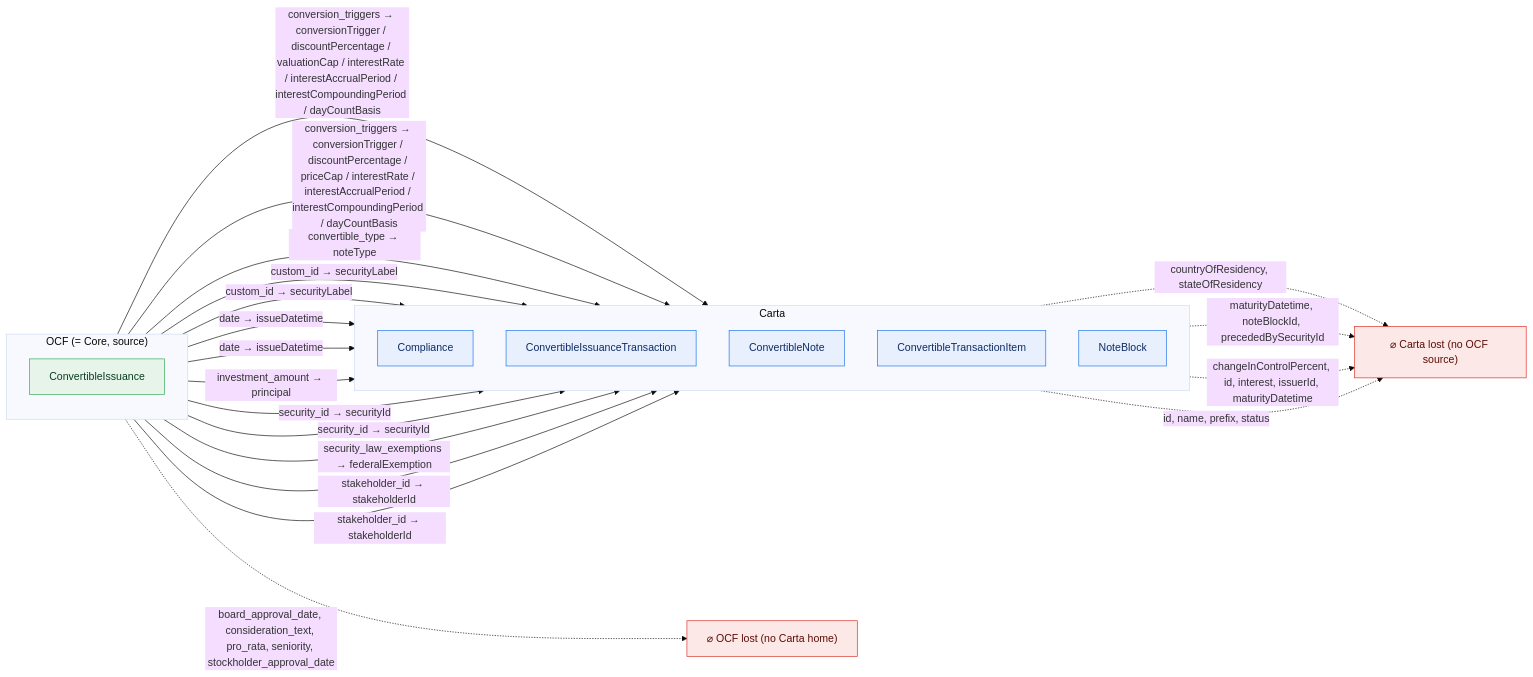
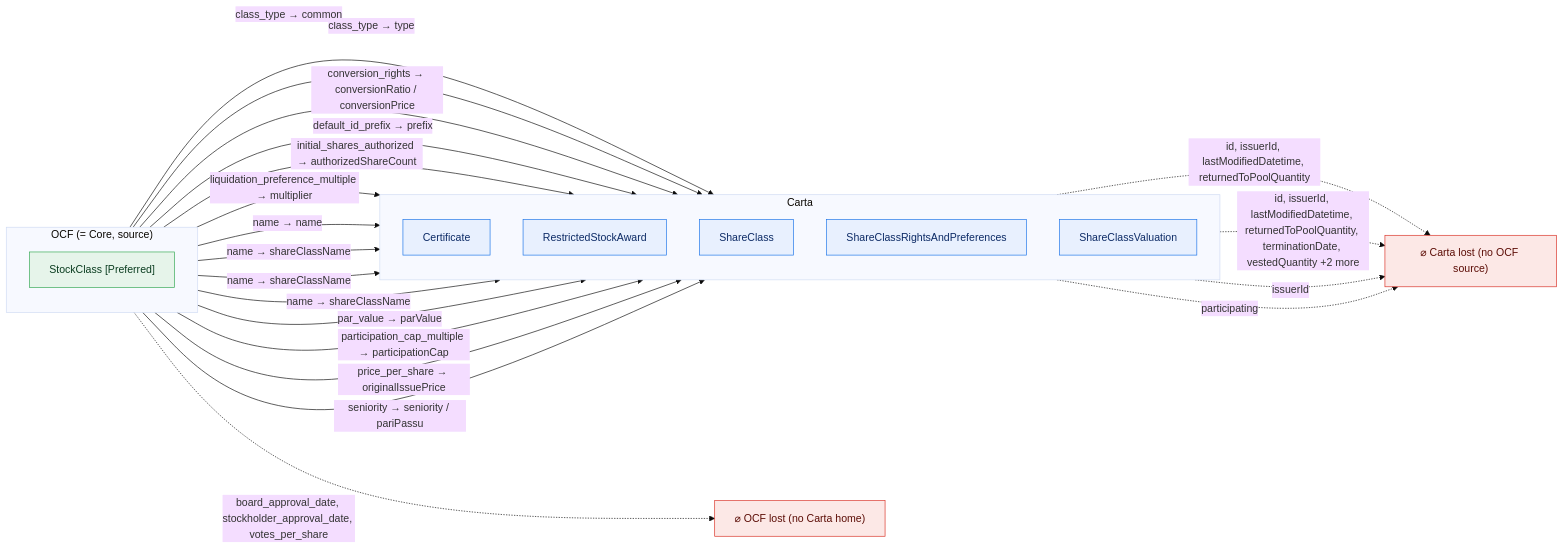
The eighth of 51 diagrams in docs/core-bidirectional-flow.md (Open-Cap-Table-Coalition/OCF-Composed-Schemas), drawn with Mermaid (base theme) before and after one commit. The commit also changed other lines of this file and 12 other files, not shown here.

Commit message:
Clarify Carta wrapper and convertible cash mappings

````diff
--- a/docs/core-bidirectional-flow.md
+++ b/docs/core-bidirectional-flow.md
@@ -395,39 +438,40 @@
 ```mermaid
 flowchart LR
   classDef adm fill:#e6f4ea,stroke:#34a853,color:#0b3d20;
   classDef notadm fill:#f1f3f4,stroke:#9aa0a6,color:#5f6368,stroke-dasharray:4 3;
   classDef carta fill:#e8f0fe,stroke:#1a73e8,color:#0d2b66;
   classDef lost fill:#fce8e6,stroke:#d93025,color:#5c0d06;
   subgraph SRC["OCF (= Core, source)"]
     direction TB
-    o0["ConvertibleIssuance"]:::adm
+    o0["StockClass [Preferred]"]:::adm
   end
   subgraph TGT["Carta"]
     direction TB
-    t0["Compliance"]:::carta
-    t1["ConvertibleIssuanceTransaction"]:::carta
-    t2["ConvertibleNote"]:::carta
-    t3["ConvertibleTransactionItem"]:::carta
-    t4["NoteBlock"]:::carta
+    t0["Certificate"]:::carta
+    t1["RestrictedStockAward"]:::carta
+    t2["ShareClass"]:::carta
+    t3["ShareClassRightsAndPreferences"]:::carta
+    t4["ShareClassValuation"]:::carta
   end
   ocflost["⌀ OCF lost (no Carta home)"]:::lost
   cartalost["⌀ Carta lost (no OCF source)"]:::lost
-  o0 -->|"conversion_triggers → conversionTrigger / discountPercentage / valuationCap / interestRate / interestAccrualPeriod / interestCompoundingPeriod / dayCountBasis"| t1
-  o0 -->|"conversion_triggers → conversionTrigger / discountPercentage / priceCap / interestRate / interestAccrualPeriod / interestCompoundingPeriod / dayCountBasis"| t2
-  o0 -->|"convertible_type → noteType"| t4
-  o0 -->|"custom_id → securityLabel"| t3
-  o0 -->|"custom_id → securityLabel"| t2
-  o0 -->|"date → issueDatetime"| t1
-  o0 -->|"date → issueDatetime"| t2
-  o0 -->|"investment_amount → principal"| t1
-  o0 -->|"security_id → securityId"| t3
-  o0 -->|"security_id → securityId"| t2
-  o0 -->|"security_law_exemptions → federalExemption"| t0
-  o0 -->|"stakeholder_id → stakeholderId"| t3
-  o0 -->|"stakeholder_id → stakeholderId"| t2
-  o0 -.->|"board_approval_date, consideration_text, pro_rata, seniority, stockholder_approval_date"| ocflost
-  t0 -.->|"countryOfResidency, stateOfResidency"| cartalost
-  t1 -.->|"maturityDatetime, noteBlockId, precededBySecurityId"| cartalost
-  t2 -.->|"changeInControlPercent, id, interest, issuerId, maturityDatetime"| cartalost
-  t4 -.->|"id, name, prefix, status"| cartalost
+  o0 -->|"class_type → type"| t2
+  o0 -->|"class_type → common"| t4
+  o0 -->|"conversion_rights → conversionRatio / conversionPrice"| t3
+  o0 -->|"default_id_prefix → prefix"| t2
+  o0 -->|"initial_shares_authorized → authorizedShareCount"| t2
+  o0 -->|"liquidation_preference_multiple → multiplier"| t3
+  o0 -->|"name → name"| t2
+  o0 -->|"name → shareClassName"| t4
+  o0 -->|"name → shareClassName"| t0
+  o0 -->|"name → shareClassName"| t1
+  o0 -->|"par_value → parValue"| t2
+  o0 -->|"participation_cap_multiple → participationCap"| t3
+  o0 -->|"price_per_share → originalIssuePrice"| t3
+  o0 -->|"seniority → seniority / pariPassu"| t2
+  o0 -.->|"board_approval_date, stockholder_approval_date, votes_per_share"| ocflost
+  t0 -.->|"id, issuerId, lastModifiedDatetime, returnedToPoolQuantity"| cartalost
+  t1 -.->|"id, issuerId, lastModifiedDatetime, returnedToPoolQuantity, terminationDate, vestedQuantity +2 more"| cartalost
+  t2 -.->|"issuerId"| cartalost
+  t3 -.->|"participating"| cartalost
 ```
````
